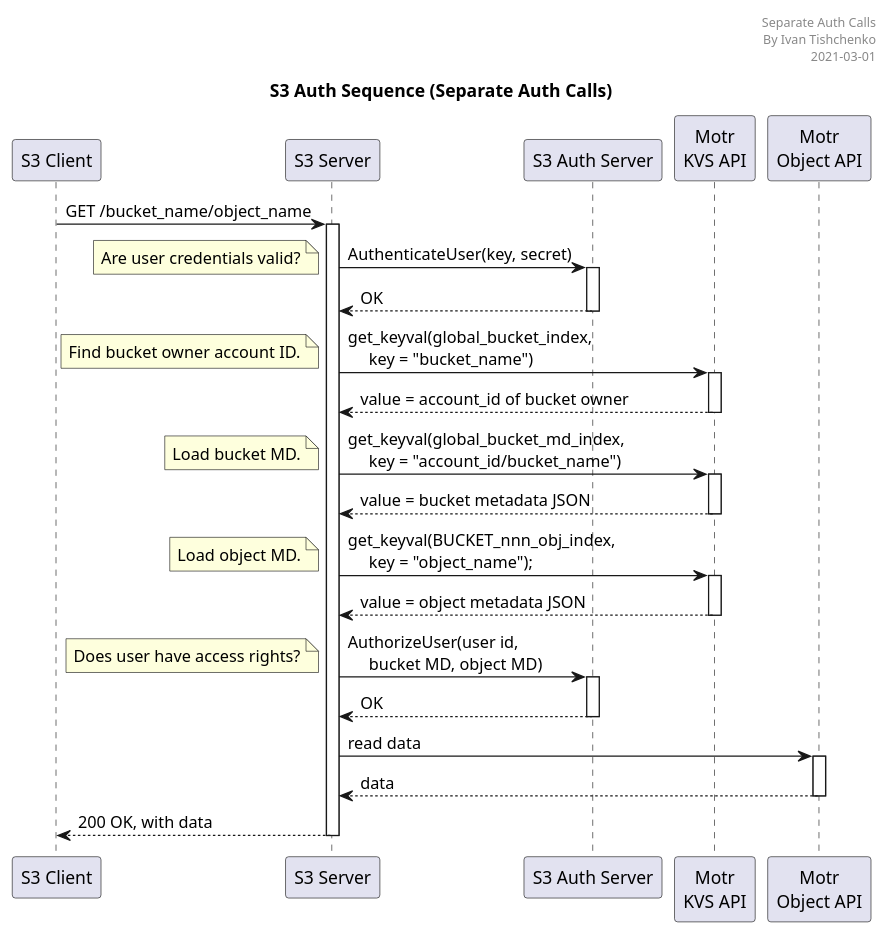
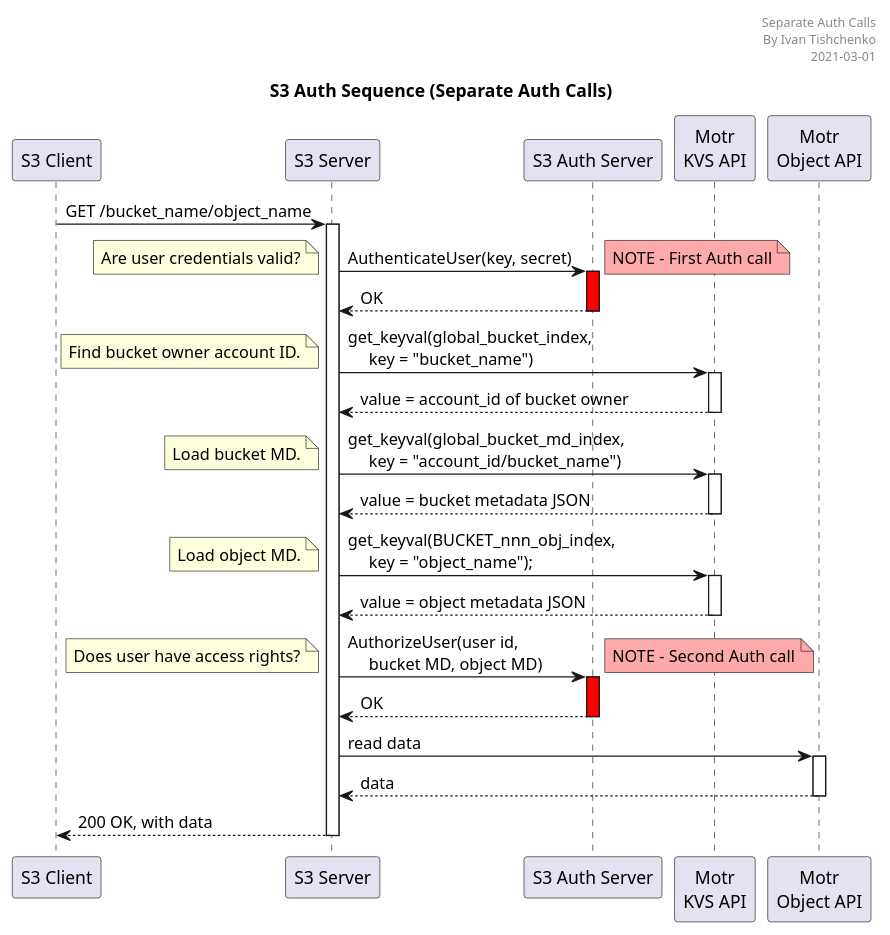
The diagram in docs/sequencediagrams/auth-separate-calls.plantuml (Seagate/cortx-s3server), drawn with PlantUML before and after one commit. The commit also changed 3 other files, not shown here.

Commit message:
Rename and adjust design doc and diagrams

```diff
--- a/docs/sequencediagrams/auth-separate-calls.plantuml
+++ b/docs/sequencediagrams/auth-separate-calls.plantuml
@@ -1,41 +1,43 @@
 @startuml
 
 header Separate Auth Calls\n By Ivan Tishchenko\n2021-03-01
 title S3 Auth Sequence (Separate Auth Calls)
 
 participant "S3 Client" as client
 participant "S3 Server" as server
 participant "S3 Auth Server" as auth
 participant "Motr\nKVS API" as kvs
 participant "Motr\nObject API" as object
 
 autoactivate on
 
 client -> server: GET /bucket_name/object_name
 
-server -> auth: AuthenticateUser(key, secret)
+server -> auth #red: AuthenticateUser(key, secret)
 note left: Are user credentials valid?
+note right #FFAAAA: NOTE - First Auth call
 auth --> server: OK
 
 server -> kvs: get_keyval(global_bucket_index,\n     key = "bucket_name")
 note left: Find bucket owner account ID.
 kvs --> server: value = account_id of bucket owner
 
 server -> kvs: get_keyval(global_bucket_md_index,\n     key = "account_id/bucket_name")
 note left: Load bucket MD.
 kvs --> server: value = bucket metadata JSON
 
 server -> kvs: get_keyval(BUCKET_nnn_obj_index,\n     key = "object_name");
 note left: Load object MD.
 kvs --> server: value = object metadata JSON
 
-server -> auth: AuthorizeUser(user id,\n     bucket MD, object MD)
+server -> auth #red: AuthorizeUser(user id,\n     bucket MD, object MD)
 note left: Does user have access rights?
+note right #FFAAAA: NOTE - Second Auth call
 auth --> server: OK
 
 server -> object: read data
 object --> server: data
 
 server --> client: 200 OK, with data
 
 @enduml
```
